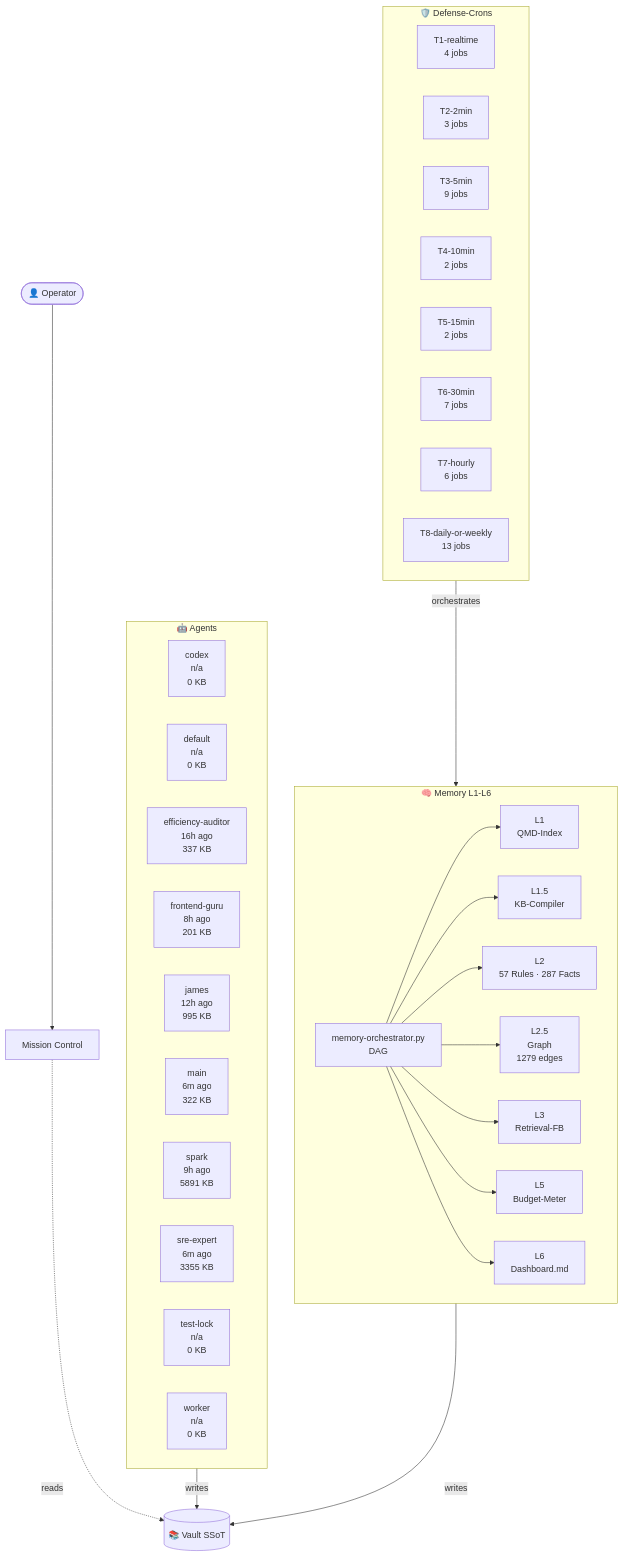
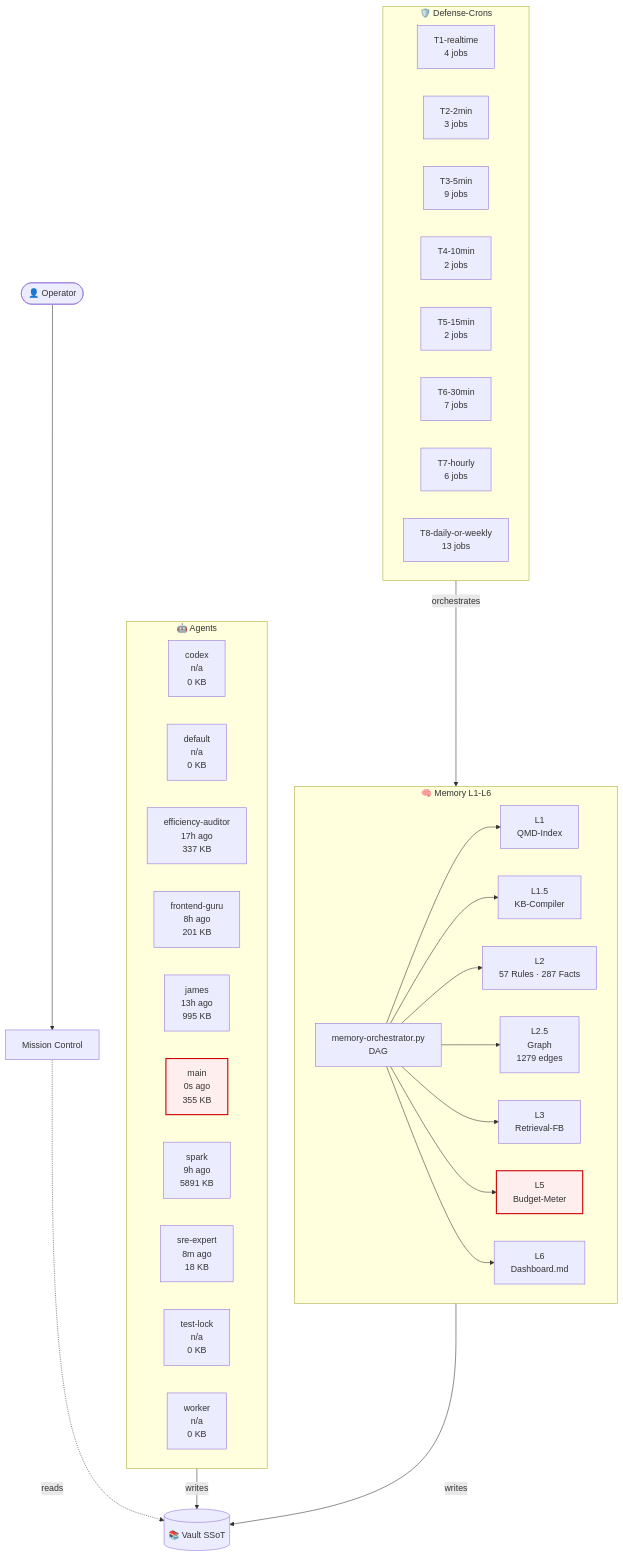
One commit to lenardhuebner88-rgb/openclaw-memory changed the diagram in 03-Agents/architecture-live.md. Above: the diagram before and after it, drawn with Mermaid. The commit also changed other lines of this file and 6 other files, not shown here.

````diff
--- a/03-Agents/architecture-live.md
+++ b/03-Agents/architecture-live.md
@@ -18,51 +18,53 @@
 ```mermaid
 flowchart TB
     classDef critical fill:#fee,stroke:#c00,stroke-width:2px;
     subgraph AGT["🤖 Agents"]
         agent_codex["codex<br/>n/a<br/>0 KB"]
         agent_default["default<br/>n/a<br/>0 KB"]
-        agent_efficiency_auditor["efficiency-auditor<br/>16h ago<br/>337 KB"]
+        agent_efficiency_auditor["efficiency-auditor<br/>17h ago<br/>337 KB"]
         agent_frontend_guru["frontend-guru<br/>8h ago<br/>201 KB"]
-        agent_james["james<br/>12h ago<br/>995 KB"]
-        agent_main["main<br/>6m ago<br/>322 KB"]
+        agent_james["james<br/>13h ago<br/>995 KB"]
+        agent_main["main<br/>0s ago<br/>355 KB"]
         agent_spark["spark<br/>9h ago<br/>5891 KB"]
-        agent_sre_expert["sre-expert<br/>6m ago<br/>3355 KB"]
+        agent_sre_expert["sre-expert<br/>8m ago<br/>18 KB"]
         agent_test_lock["test-lock<br/>n/a<br/>0 KB"]
         agent_worker["worker<br/>n/a<br/>0 KB"]
     end
     subgraph MEM["🧠 Memory L1-L6"]
         L1["L1<br/>QMD-Index"]
         L15["L1.5<br/>KB-Compiler"]
         L2["L2<br/>57 Rules · 287 Facts"]
         L25["L2.5<br/>Graph<br/>1279 edges"]
         L3["L3<br/>Retrieval-FB"]
         L5["L5<br/>Budget-Meter"]
         L6["L6<br/>Dashboard.md"]
         ORCH["memory-orchestrator.py<br/>DAG"]
     end
     subgraph CRN["🛡️ Defense-Crons"]
         tier_T1_realtime["T1-realtime<br/>4 jobs"]
         tier_T2_2min["T2-2min<br/>3 jobs"]
         tier_T3_5min["T3-5min<br/>9 jobs"]
         tier_T4_10min["T4-10min<br/>2 jobs"]
         tier_T5_15min["T5-15min<br/>2 jobs"]
         tier_T6_30min["T6-30min<br/>7 jobs"]
         tier_T7_hourly["T7-hourly<br/>6 jobs"]
         tier_T8_daily_or_weekly["T8-daily-or-weekly<br/>13 jobs"]
     end
     VAULT[("📚 Vault SSoT")]
     OP([👤 Operator])
     MC["Mission Control"]
     OP --> MC
     MC -.reads.-> VAULT
     AGT -->|writes| VAULT
     MEM -->|writes| VAULT
     ORCH --> L1
     ORCH --> L15
     ORCH --> L2
     ORCH --> L25
     ORCH --> L3
     ORCH --> L5
     ORCH --> L6
     CRN -->|orchestrates| MEM
+    class L5 critical
+    class agent_main critical
 ```
````
